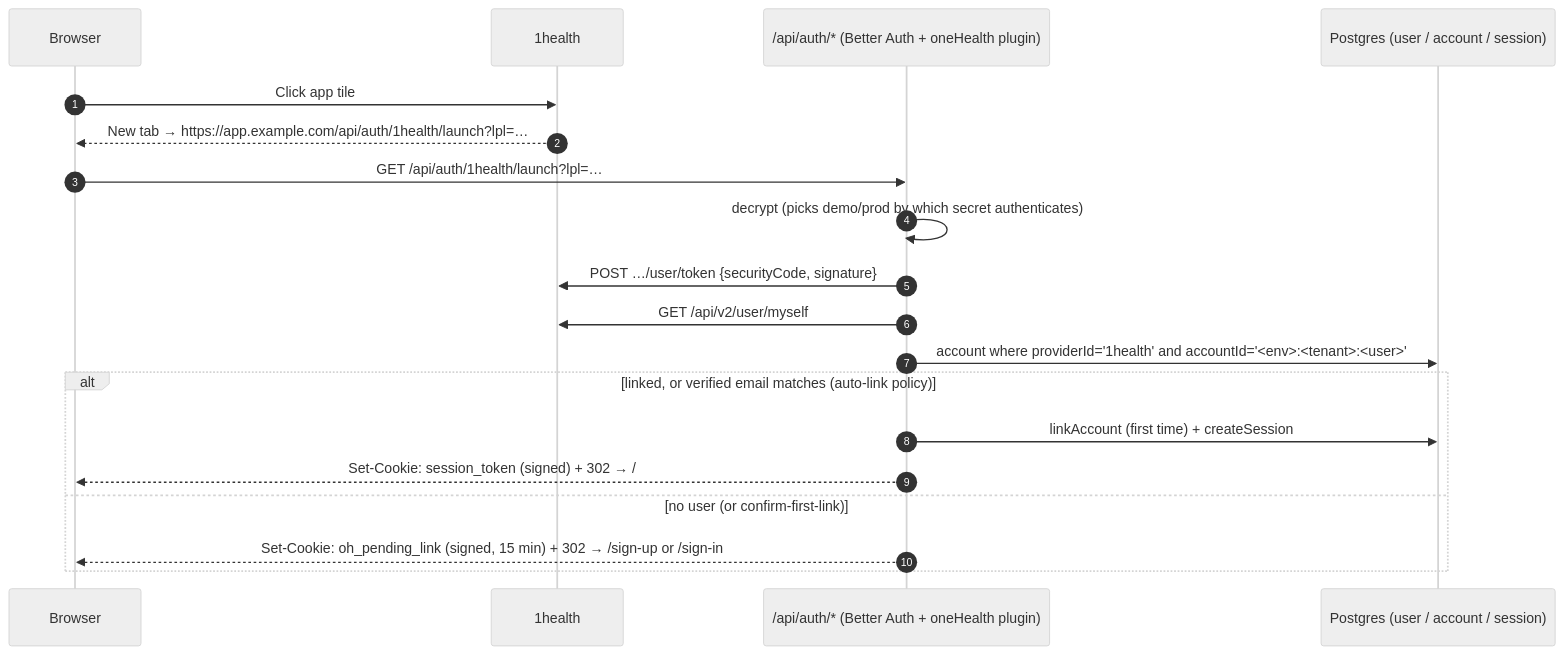
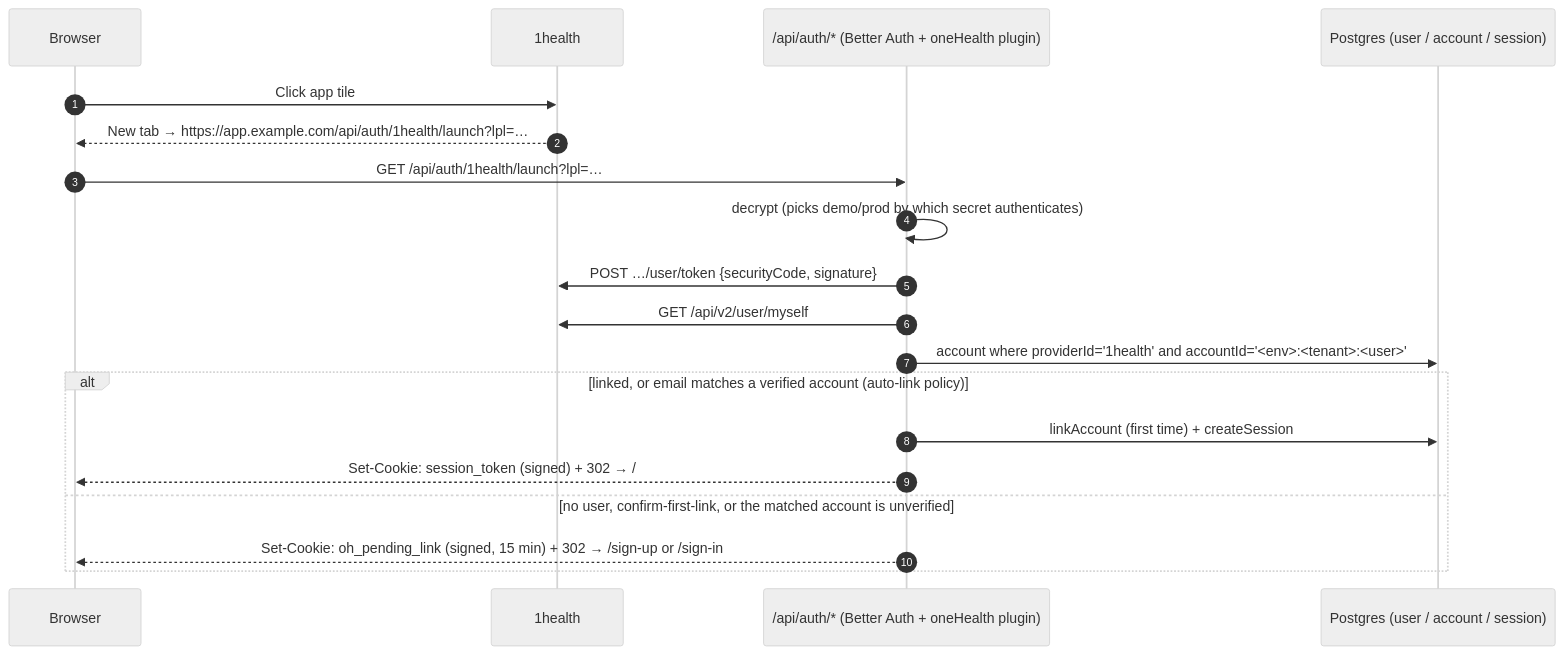
The diagram in white-papers/02-better-auth-1health-launch-sso.md (Tachin-ai-Corporation/1health-auth-kit), drawn with Mermaid (neutral theme) before and after one commit. The commit also changed other lines of this file and 20 other files, not shown here.

````diff
--- a/white-papers/02-better-auth-1health-launch-sso.md
+++ b/white-papers/02-better-auth-1health-launch-sso.md
@@ -69,22 +69,22 @@
 ```mermaid
 sequenceDiagram
     autonumber
     participant U as Browser
     participant H as 1health
     participant BA as /api/auth/* (Better Auth + oneHealth plugin)
     participant DB as Postgres (user / account / session)
 
     U->>H: Click app tile
     H-->>U: New tab → https://app.example.com/api/auth/1health/launch?lpl=…
     U->>BA: GET /api/auth/1health/launch?lpl=…
     BA->>BA: decrypt (picks demo/prod by which secret authenticates)
     BA->>H: POST …/user/token {securityCode, signature}
     BA->>H: GET /api/v2/user/myself
     BA->>DB: account where providerId='1health' and accountId='<env>:<tenant>:<user>'
-    alt linked, or verified email matches (auto-link policy)
+    alt linked, or email matches a verified account (auto-link policy)
         BA->>DB: linkAccount (first time) + createSession
         BA-->>U: Set-Cookie: session_token (signed) + 302 → /
-    else no user (or confirm-first-link)
+    else no user, confirm-first-link, or the matched account is unverified
         BA-->>U: Set-Cookie: oh_pending_link (signed, 15 min) + 302 → /sign-up or /sign-in
     end
 ```
````
